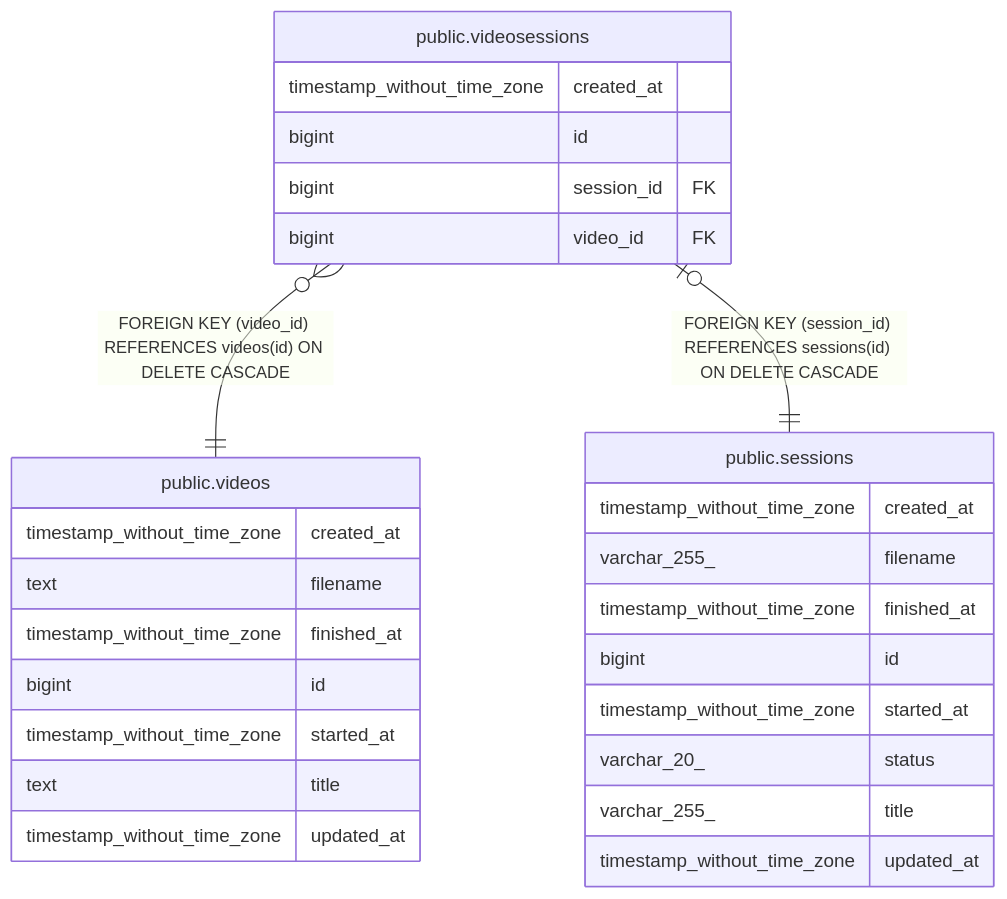
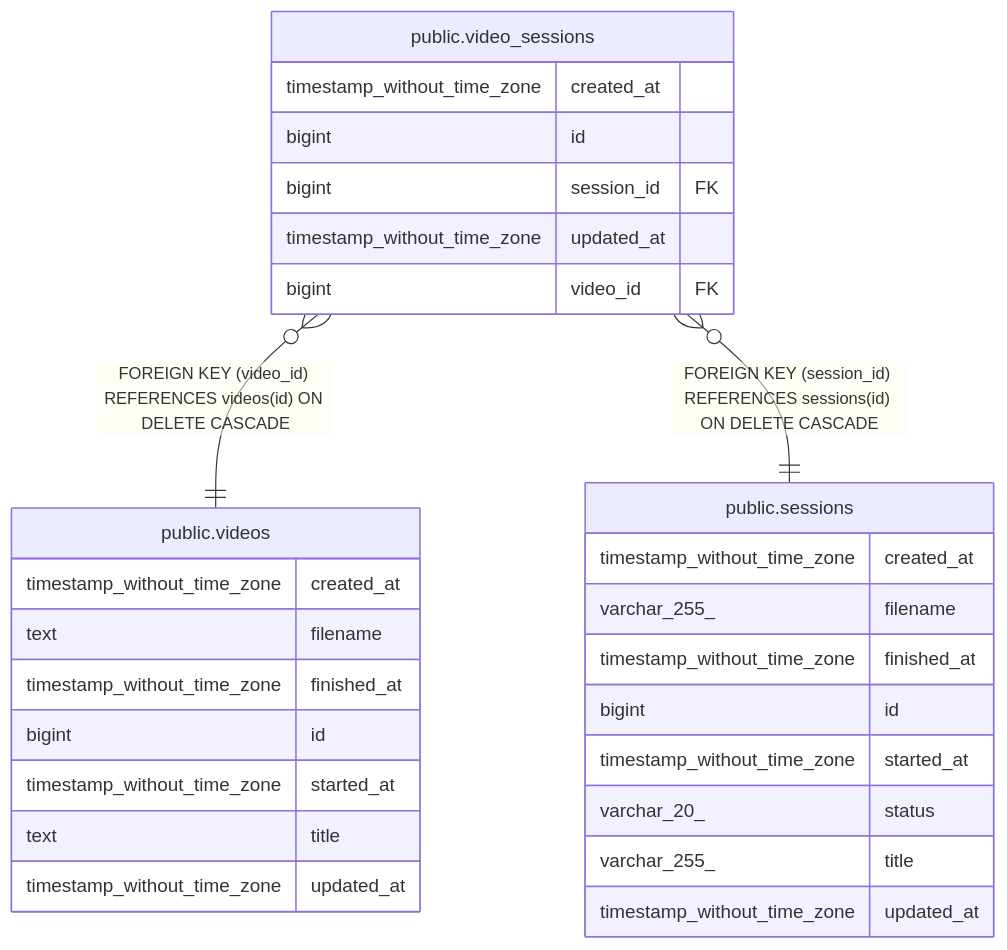
The diagram in backend/docs/db/README.md (kijimad/tv), drawn with Mermaid before and after one commit. The commit also changed other lines of this file and 16 other files, not shown here.

````diff
--- a/backend/docs/db/README.md
+++ b/backend/docs/db/README.md
@@ -13,32 +13,33 @@
 ```mermaid
 erDiagram
 
-"public.videosessions" }o--|| "public.videos" : "FOREIGN KEY (video_id) REFERENCES videos(id) ON DELETE CASCADE"
-"public.videosessions" |o--|| "public.sessions" : "FOREIGN KEY (session_id) REFERENCES sessions(id) ON DELETE CASCADE"
+"public.video_sessions" }o--|| "public.videos" : "FOREIGN KEY (video_id) REFERENCES videos(id) ON DELETE CASCADE"
+"public.video_sessions" }o--|| "public.sessions" : "FOREIGN KEY (session_id) REFERENCES sessions(id) ON DELETE CASCADE"
 
 "public.sessions" {
   timestamp_without_time_zone created_at
   varchar_255_ filename
   timestamp_without_time_zone finished_at
   bigint id
   timestamp_without_time_zone started_at
   varchar_20_ status
   varchar_255_ title
   timestamp_without_time_zone updated_at
 }
+"public.video_sessions" {
+  timestamp_without_time_zone created_at
+  bigint id
+  bigint session_id FK
+  timestamp_without_time_zone updated_at
+  bigint video_id FK
+}
 "public.videos" {
   timestamp_without_time_zone created_at
   text filename
   timestamp_without_time_zone finished_at
   bigint id
   timestamp_without_time_zone started_at
   text title
   timestamp_without_time_zone updated_at
 }
-"public.videosessions" {
-  timestamp_without_time_zone created_at
-  bigint id
-  bigint session_id FK
-  bigint video_id FK
-}
 ```
````
